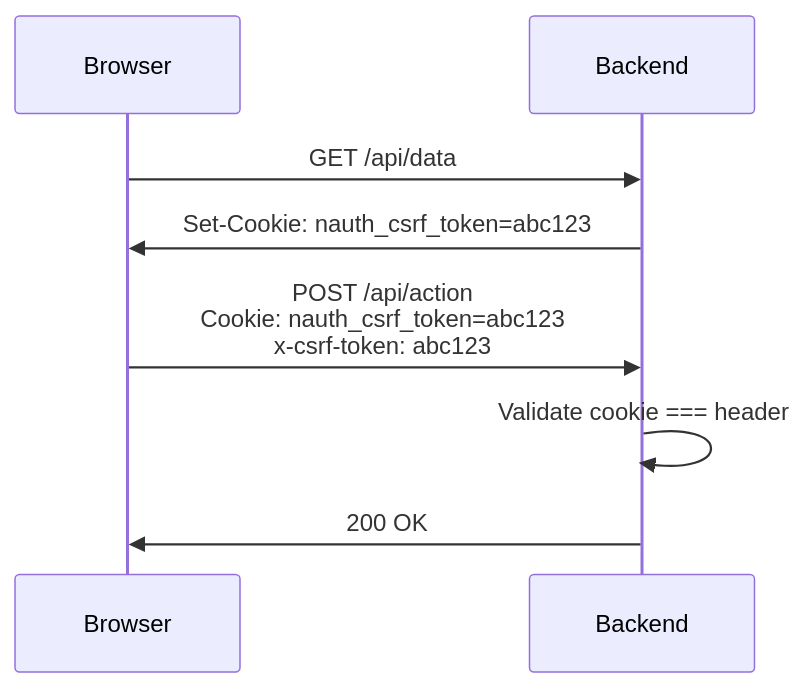
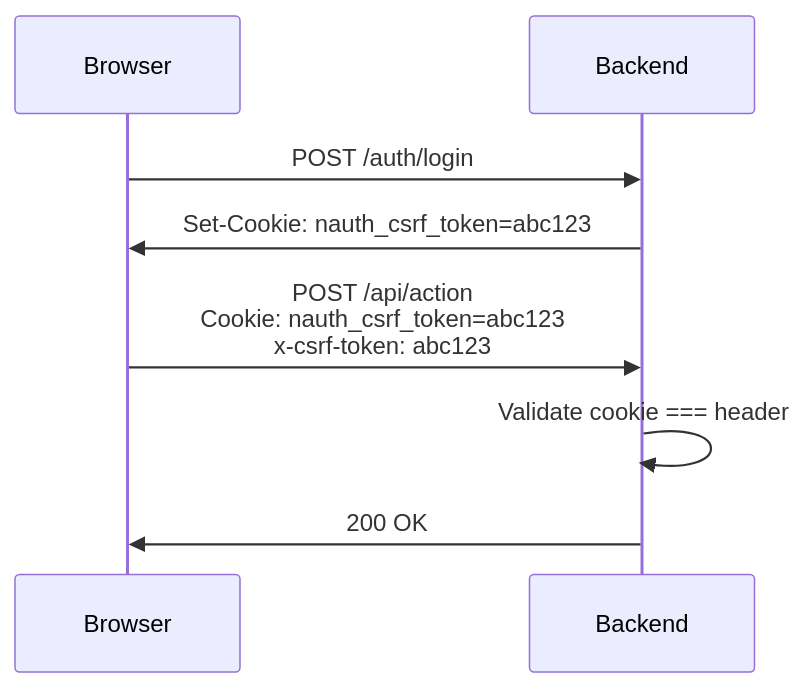
The sixth of 6 diagrams in nauth-docs/docs/concepts/token-management.md (noorixorg/nauth-toolkit), drawn with Mermaid before and after one commit. The commit also changed other lines of this file and 231 other files, not shown here.

````diff
--- a/nauth-docs/docs/concepts/token-management.md
+++ b/nauth-docs/docs/concepts/token-management.md
@@ -637,12 +524,12 @@
 ```mermaid
 sequenceDiagram
     participant Browser
     participant Backend
 
-    Browser->>Backend: GET /api/data
+    Browser->>Backend: POST /auth/login
     Backend->>Browser: Set-Cookie: nauth_csrf_token=abc123
 
     Browser->>Backend: POST /api/action<br/>Cookie: nauth_csrf_token=abc123<br/>x-csrf-token: abc123
     Backend->>Backend: Validate cookie === header
     Backend->>Browser: 200 OK
 ```
````
